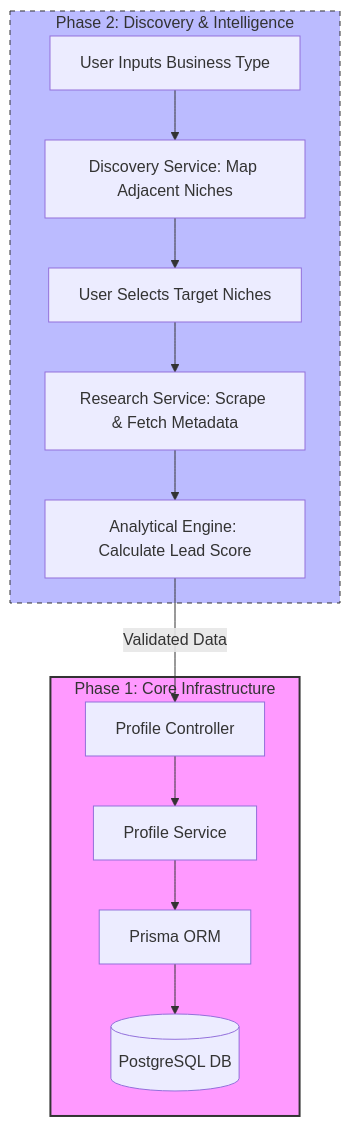
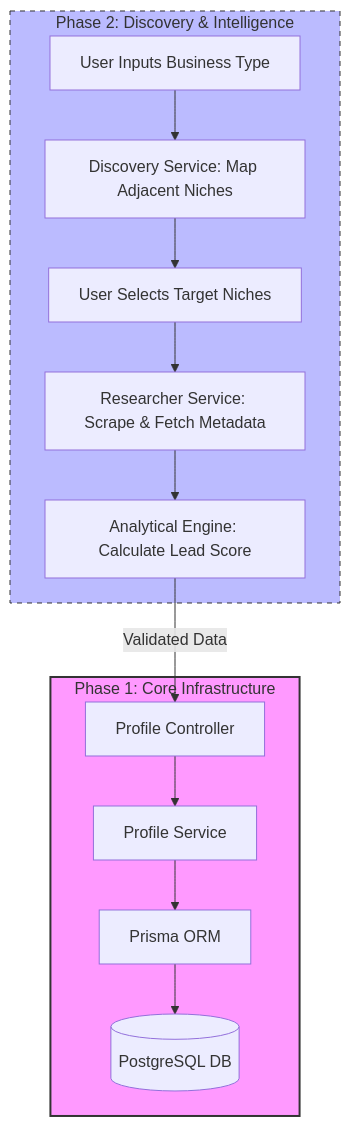
Before and after one commit to Hambonoire/customer-profile-engine: the diagram in README.md, drawn with Mermaid.

Commit message:
docs(readme): update Phase 2 roadmap for naming consistency

````diff
--- a/README.md
+++ b/README.md
@@ -7,22 +7,22 @@
 ```mermaid
 graph TD
     %% Phase 2: Intelligence & Discovery
     subgraph Phase_2 [Phase 2: Discovery & Intelligence]
         P2_In[User Inputs Business Type] --> P2_Disc[Discovery Service: Map Adjacent Niches]
         P2_Disc --> P2_User[User Selects Target Niches]
-        P2_User --> P2_Res[Research Service: Scrape & Fetch Metadata]
+        P2_User --> P2_Res[Researcher Service: Scrape & Fetch Metadata]
         P2_Res --> P2_An[Analytical Engine: Calculate Lead Score]
     end
 
     %% Phase 1: Core Infrastructure (Already Built)
     subgraph Phase_1 [Phase 1: Core Infrastructure]
         P2_An -->|Validated Data| P1_Cont[Profile Controller]
         P1_Cont --> P1_Serv[Profile Service]
         P1_Serv --> P1_Pris[Prisma ORM]
         P1_Pris --> P1_DB[(PostgreSQL DB)]
     end
 
     %% Legend
     style Phase_1 fill:#f9f,stroke:#333,stroke-width:2px
     style Phase_2 fill:#bbf,stroke:#333,stroke-dasharray: 5 5
 ```
````
